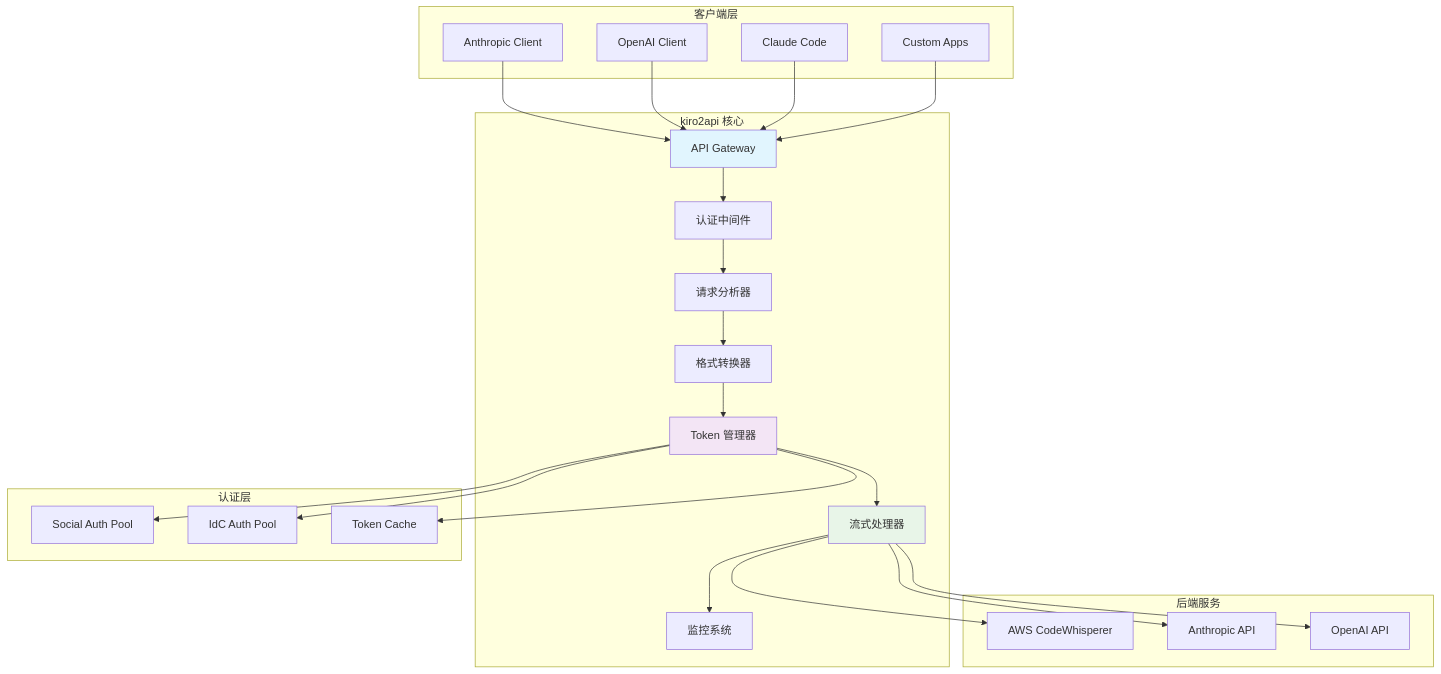
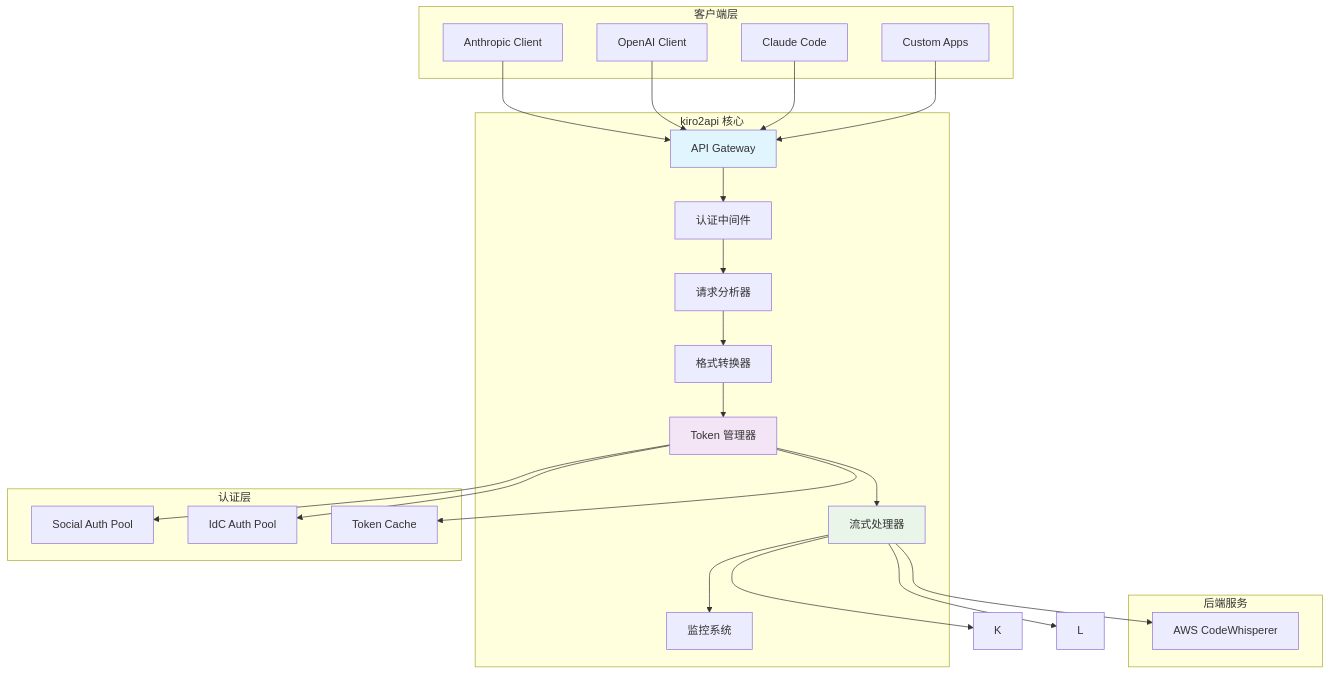
One commit to wyeeeee/kiro2api changed the first of 2 diagrams in README.md. Above: the diagram before and after it, drawn with Mermaid. The commit also changed other lines of this file, not shown here.

````diff
--- a/README.md
+++ b/README.md
@@ -139,55 +136,53 @@
 ```mermaid
 graph TB
     subgraph "客户端层"
         A1[Anthropic Client]
         A2[OpenAI Client]
         A3[Claude Code]
         A4[Custom Apps]
     end
 
     subgraph "kiro2api 核心"
         B[API Gateway]
         C[认证中间件]
         D[请求分析器]
         E[格式转换器]
         F[Token 管理器]
         G[流式处理器]
         H[监控系统]
     end
 
     subgraph "认证层"
         I1[Social Auth Pool]
         I2[IdC Auth Pool]
         I3[Token Cache]
     end
 
     subgraph "后端服务"
         J[AWS CodeWhisperer]
-        K[Anthropic API]
-        L[OpenAI API]
     end
 
     A1 --> B
     A2 --> B
     A3 --> B
     A4 --> B
 
     B --> C
     C --> D
     D --> E
     E --> F
     F --> G
     G --> H
 
     F --> I1
     F --> I2
     F --> I3
 
     G --> J
     G --> K
     G --> L
 
     style B fill:#e1f5fe
     style F fill:#f3e5f5
     style G fill:#e8f5e8
 ```
````
